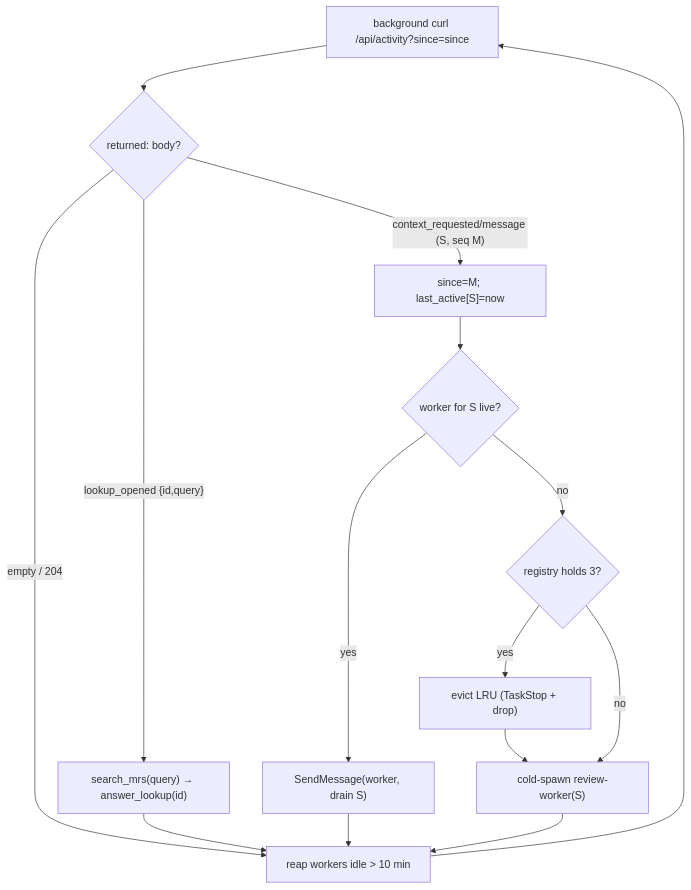
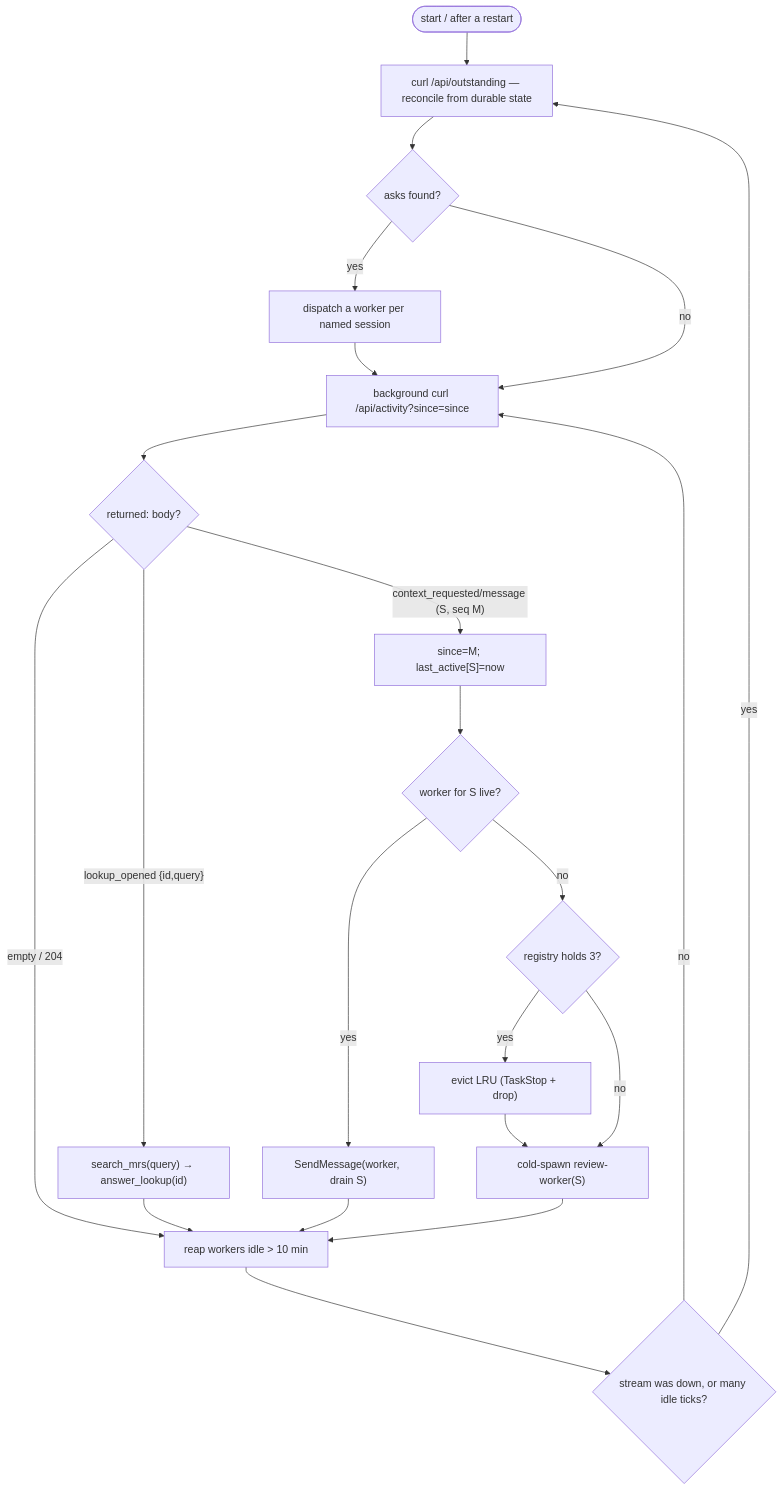
Before and after one commit to Joacchim/review-mate-prototype: the diagram in .claude/skills/review-mate/SKILL.md, drawn with Mermaid. The commit also changed other lines of this file and 3 other files, not shown here.

````diff
--- a/.claude/skills/review-mate/SKILL.md
+++ b/.claude/skills/review-mate/SKILL.md
@@ -68,13 +94,19 @@
 ```mermaid
 flowchart TD
+  START(["start / after a restart"]) --> RC["curl /api/outstanding — reconcile from durable state"]
+  RC --> RCD{"asks found?"}
+  RCD -->|yes| DISP["dispatch a worker per named session"] --> L
+  RCD -->|no| L
   L["background curl /api/activity?since=since"] --> R{"returned: body?"}
   R -->|"empty / 204"| R3
   R -->|"lookup_opened {id,query}"| LK["search_mrs(query) → answer_lookup(id)"] --> R3
   R -->|"context_requested/message (S, seq M)"| SET["since=M; last_active[S]=now"] --> LIVE{"worker for S live?"}
   LIVE -->|yes| RES["SendMessage(worker, drain S)"] --> R3
   LIVE -->|no| FULL{"registry holds 3?"}
   FULL -->|yes| EV["evict LRU (TaskStop + drop)"] --> SP
   FULL -->|no| SP["cold-spawn review-worker(S)"]
   SP --> R3["reap workers idle > 10 min"]
-  R3 --> L
+  R3 --> RS{"stream was down, or many idle ticks?"}
+  RS -->|yes| RC
+  RS -->|no| L
 ```
````
